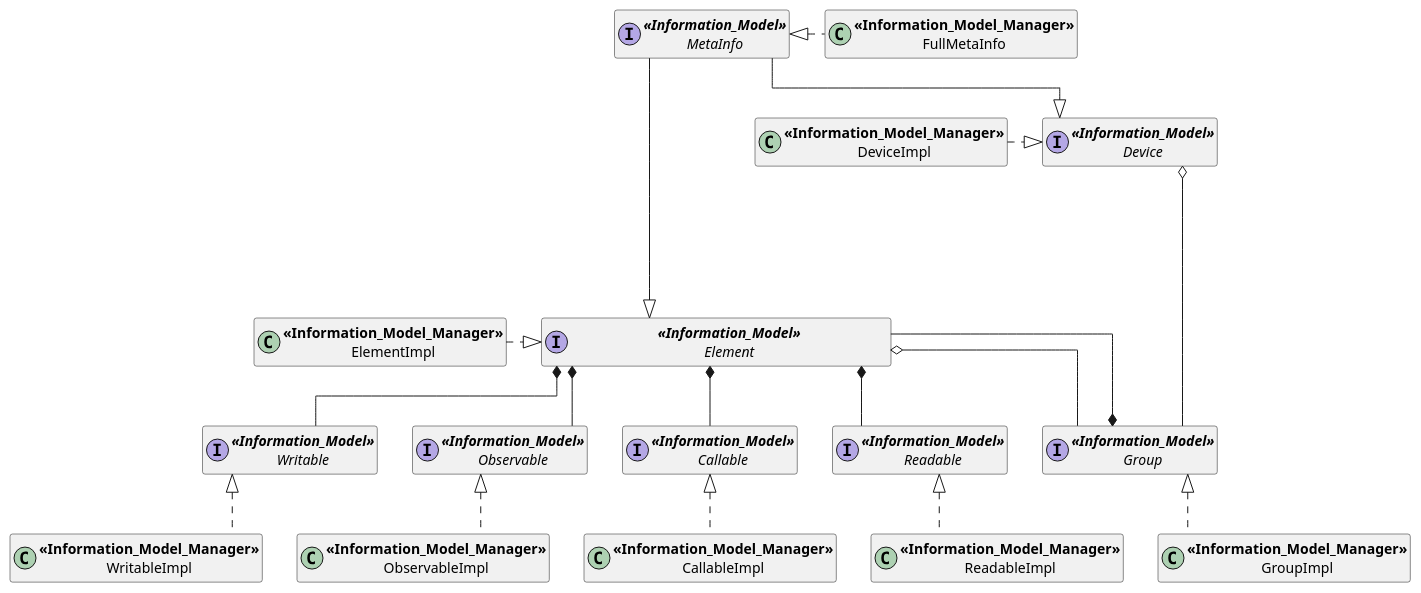
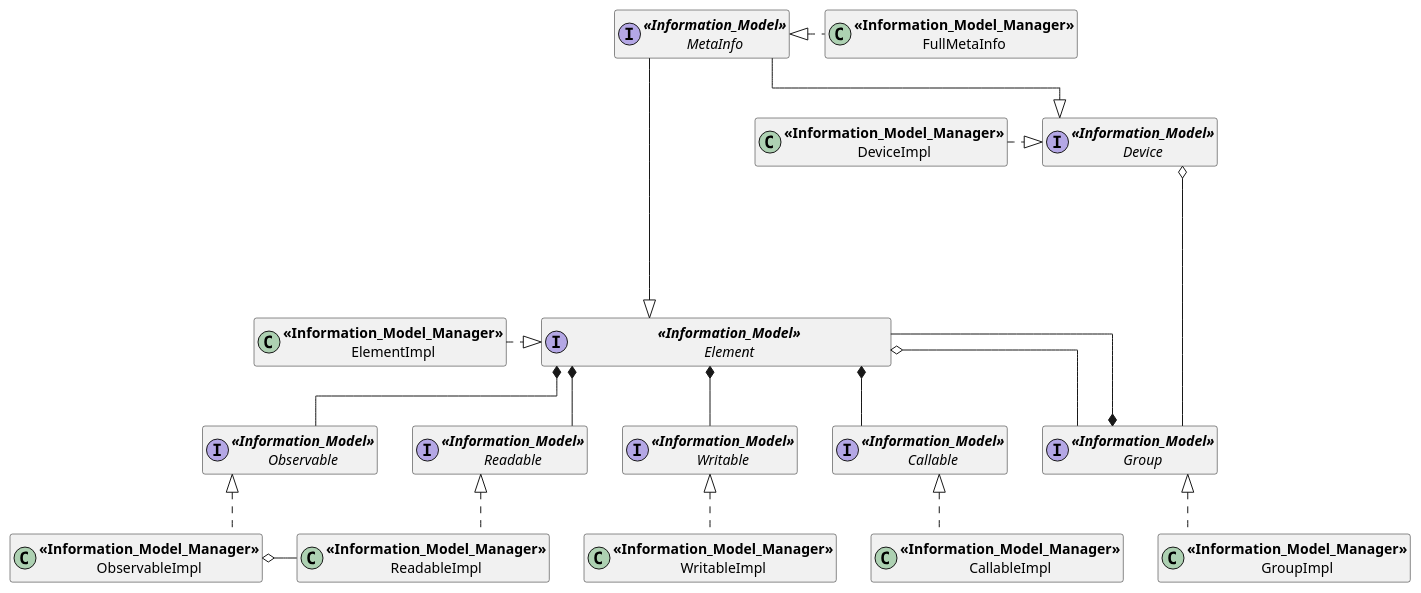
Before and after one commit to Hahn-Schickard/STAG-Information-Model-Manager: the diagram in docs/manual/model_implementation.md, drawn with PlantUML.

Commit message:
add ObservableImpl aggregation of ReadableImpl

```diff
--- a/docs/manual/model_implementation.md
+++ b/docs/manual/model_implementation.md
@@ -13,55 +13,57 @@
 @startuml
 hide members
 skinparam linetype ortho
 
 interface MetaInfo as "**<<Information_Model>>**\nMetaInfo"
 interface Device as "**<<Information_Model>>**\nDevice" 
 class FullMetaInfo as "**<<Information_Model_Manager>>**\nFullMetaInfo"
 class DeviceImpl as "**<<Information_Model_Manager>>**\nDeviceImpl"
 
 MetaInfo <|.right. FullMetaInfo
 MetaInfo --|> Device
 Device <|.left. DeviceImpl
 
 ' Space is used to pad the interface so connectors align 
 interface Element as "                        **<<Information_Model>>**                        \n                        Element                        "
 
 class Spacer
 hide Spacer
 
 MetaInfo -[hidden]- Spacer
 Device -[hidden]- Spacer
 Spacer -[hidden]- Element
 MetaInfo --|> Element
 
 together {
   interface Group as "**<<Information_Model>>**\nGroup"
   interface Readable as "**<<Information_Model>>**\nReadable"
+  interface Observable as "**<<Information_Model>>**\nObservable"
   interface Writable as "**<<Information_Model>>**\nWritable"
-  interface Observable as "**<<Information_Model>>**\nObservable"
   interface Callable as "**<<Information_Model>>**\nCallable"
 }
 
 class ElementImpl as "**<<Information_Model_Manager>>**\nElementImpl"
 class GroupImpl as "**<<Information_Model_Manager>>**\nGroupImpl"
 class ReadableImpl as "**<<Information_Model_Manager>>**\nReadableImpl"
+class ObservableImpl as "**<<Information_Model_Manager>>**\nObservableImpl"
 class WritableImpl as "**<<Information_Model_Manager>>**\nWritableImpl"
-class ObservableImpl as "**<<Information_Model_Manager>>**\nObservableImpl"
 class CallableImpl as "**<<Information_Model_Manager>>**\nCallableImpl"
 
 Element <|.left. ElementImpl
 Device o-- Group
 
 Element *-- Readable
+Element *-- Observable
 Element *-- Writable
-Element *-- Observable
 Element *-- Callable
 Element --* Group
 Element o-- Group
 
 Readable <|.down. ReadableImpl
+Observable <|.down. ObservableImpl
+ObservableImpl o-right- ReadableImpl
 Writable <|.down. WritableImpl
-Observable <|.down. ObservableImpl
 Callable <|.down. CallableImpl
 Group <|.down. GroupImpl
+
 @enduml
```
